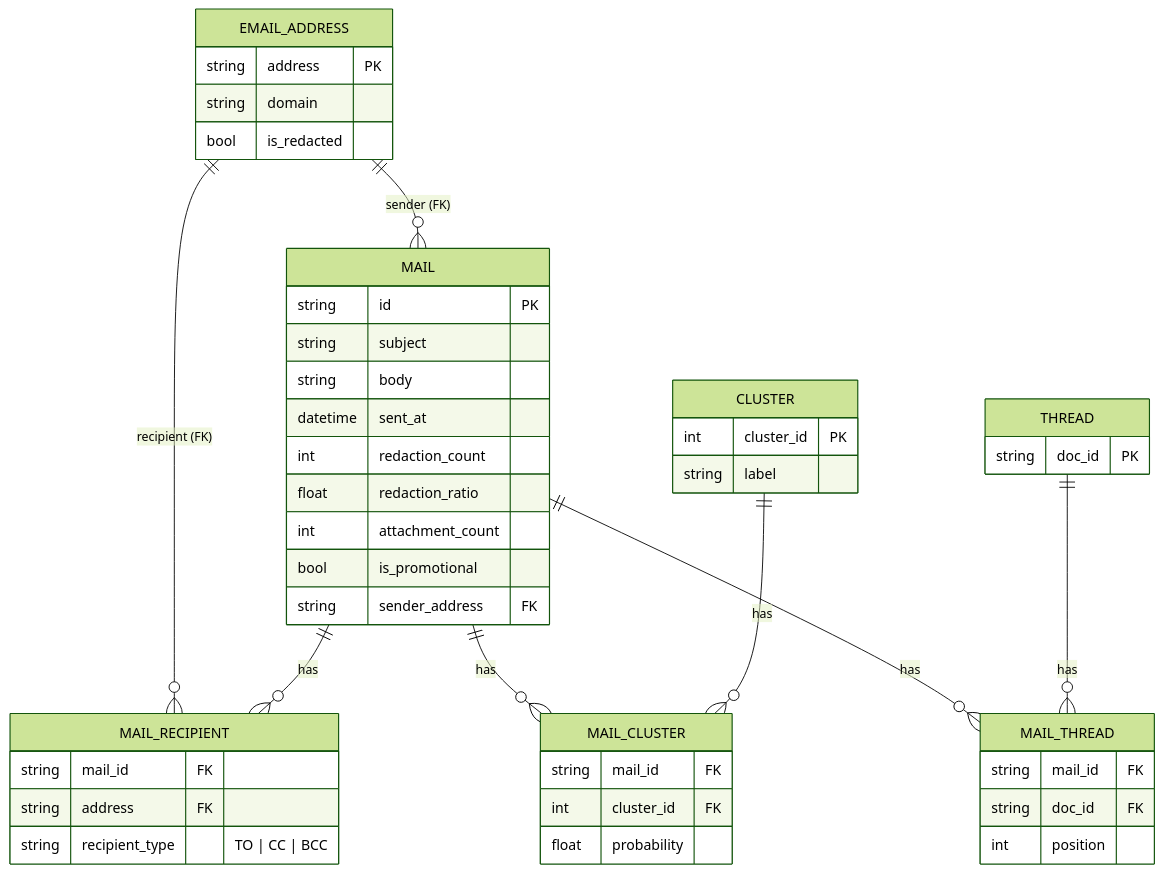
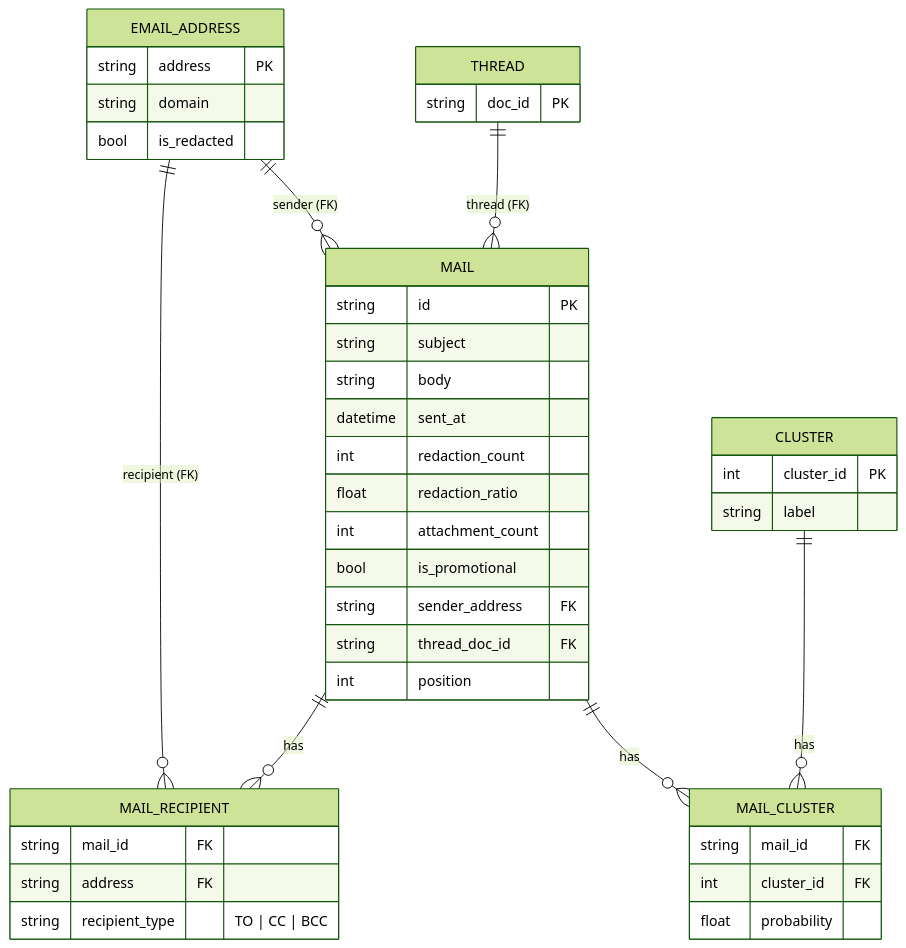
The diagram in docs/diagram/er_source_model.md (fVetrale/BD2-Neopstein), drawn with Mermaid (forest theme) before and after one commit. The commit also changed other lines of this file, not shown here.

Commit message:
Update er_source_model

````diff
--- a/docs/diagram/er_source_model.md
+++ b/docs/diagram/er_source_model.md
@@ -7,49 +15,45 @@
 ```mermaid
 erDiagram
     EMAIL_ADDRESS ||--o{ MAIL : "sender (FK)"
     EMAIL_ADDRESS ||--o{ MAIL_RECIPIENT : "recipient (FK)"
     MAIL ||--o{ MAIL_RECIPIENT : has
     MAIL ||--o{ MAIL_CLUSTER : has
     CLUSTER ||--o{ MAIL_CLUSTER : has
-    MAIL ||--o{ MAIL_THREAD : has
-    THREAD ||--o{ MAIL_THREAD : has
+    THREAD ||--o{ MAIL : "thread (FK)"
 
     EMAIL_ADDRESS {
         string address PK
         string domain
         bool is_redacted
     }
     MAIL {
         string id PK
         string subject
         string body
         datetime sent_at
         int redaction_count
         float redaction_ratio
         int attachment_count
         bool is_promotional
         string sender_address FK
+        string thread_doc_id FK
+        int position
     }
     MAIL_RECIPIENT {
         string mail_id FK
         string address FK
         string recipient_type "TO | CC | BCC"
     }
     CLUSTER {
         int cluster_id PK
         string label
     }
     MAIL_CLUSTER {
         string mail_id FK
         int cluster_id FK
         float probability
     }
     THREAD {
         string doc_id PK
     }
-    MAIL_THREAD {
-        string mail_id FK
-        string doc_id FK
-        int position
-    }
 ```
````
